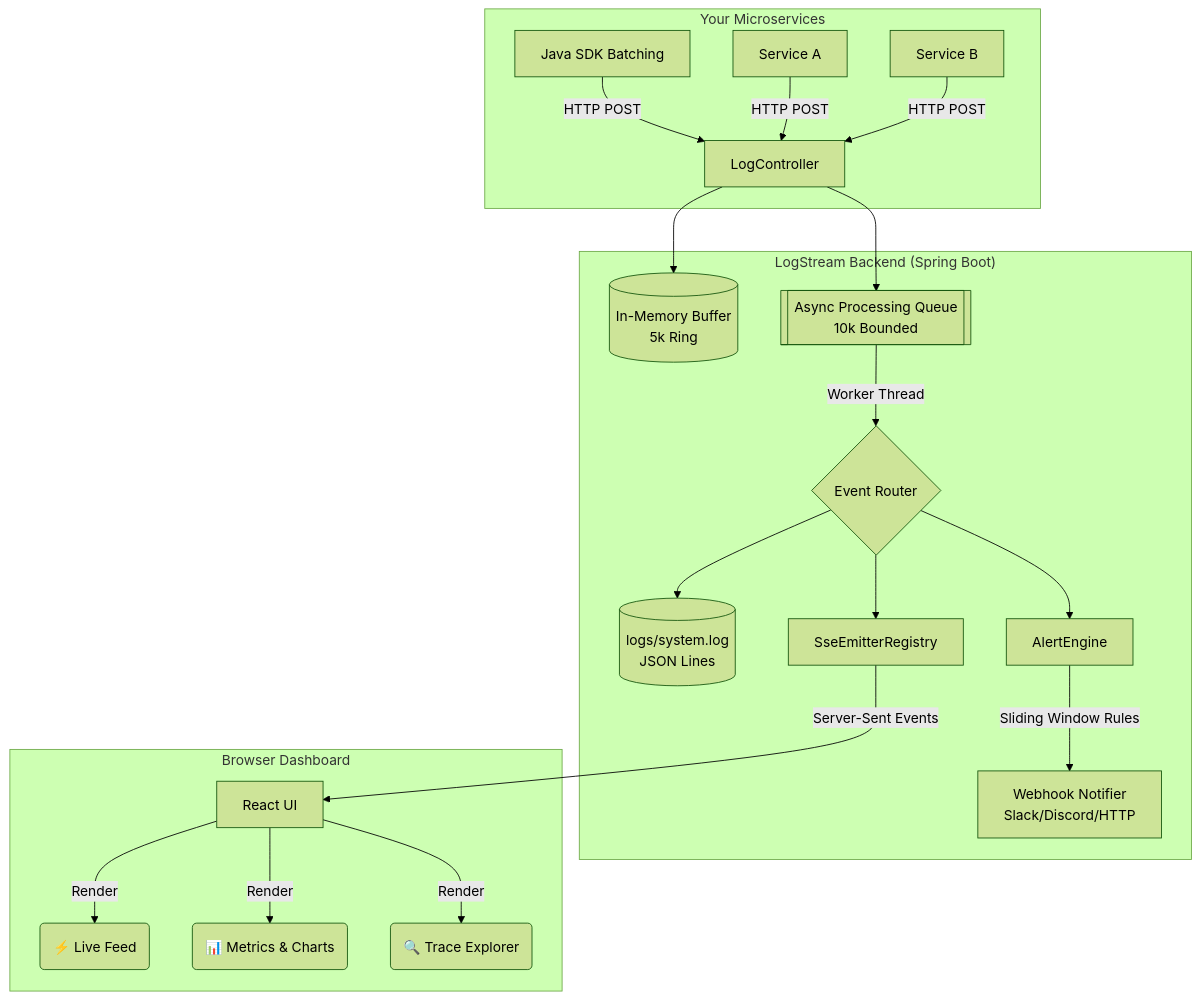
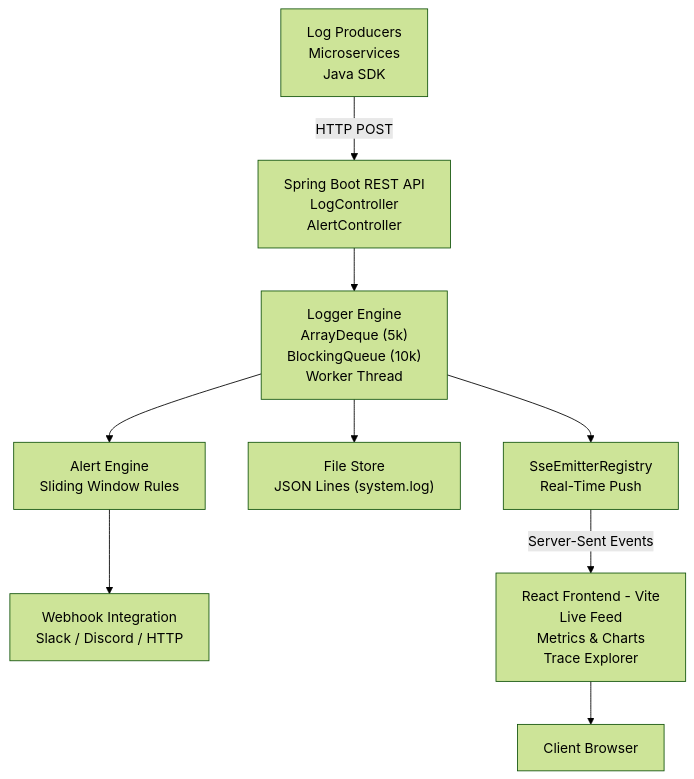
Before and after one commit to Guntupalli-Sabarish/logStream: the diagram in README.md, drawn with Mermaid (forest theme). The commit also changed other lines of this file and 2 other files, not shown here.

Commit message:
update README documentation and add support for local externalized secret configuration.

````diff
--- a/README.md
+++ b/README.md
@@ -16,33 +16,45 @@
 ```mermaid
 graph TD
-    subgraph Producers ["Your Microservices"]
-        SDK[Java SDK Batching]
-        SVC1[Service A]
-        SVC2[Service B]
-        SDK -- HTTP POST --> INGEST
-        SVC1 -- HTTP POST --> INGEST
-        SVC2 -- HTTP POST --> INGEST
-    end
+    Producers["Log Producers
+    Microservices
+    Java SDK"]
 
-    subgraph "LogStream Backend (Spring Boot)"
-        INGEST[LogController]
-        
-        INGEST --> Ring[(In-Memory Buffer<br/>5k Ring)]
-        INGEST --> Queue[[Async Processing Queue<br/>10k Bounded]]
-        
-        Queue --> |Worker Thread| Router{Event Router}
-        
-        Router --> DiskStore[(logs/system.log<br/>JSON Lines)]
-        Router --> Alert[AlertEngine]
-        Router --> SSE[SseEmitterRegistry]
-        
-        Alert -- Sliding Window Rules --> Webhook[Webhook Notifier<br/>Slack/Discord/HTTP]
-    end
+    SpringBoot["Spring Boot REST API
+    LogController
+    AlertController"]
 
-    subgraph Client ["Browser Dashboard"]
-        SSE -- Server-Sent Events --> UI[React UI]
-        UI -- Render --> Feed(⚡ Live Feed)
-        UI -- Render --> Stats(📊 Metrics & Charts)
-        UI -- Render --> Trace(🔍 Trace Explorer)
-    end
+    Engine["Logger Engine
+    ArrayDeque (5k)
+    BlockingQueue (10k)
+    Worker Thread"]
+
+    Alerts["Alert Engine
+    Sliding Window Rules"]
+
+    Disk["File Store
+    JSON Lines (system.log)"]
+
+    SSE["SseEmitterRegistry
+    Real-Time Push"]
+
+    Webhooks["Webhook Integration
+    Slack / Discord / HTTP"]
+
+    Frontend["React Frontend - Vite
+    Live Feed
+    Metrics & Charts
+    Trace Explorer"]
+
+    Browser["Client Browser"]
+
+    Producers -- "HTTP POST" --> SpringBoot
+    SpringBoot --> Engine
+    
+    Engine --> Alerts
+    Engine --> Disk
+    Engine --> SSE
+
+    Alerts --> Webhooks
+    SSE -- "Server-Sent Events" --> Frontend
+    Frontend --> Browser
 ```
````
